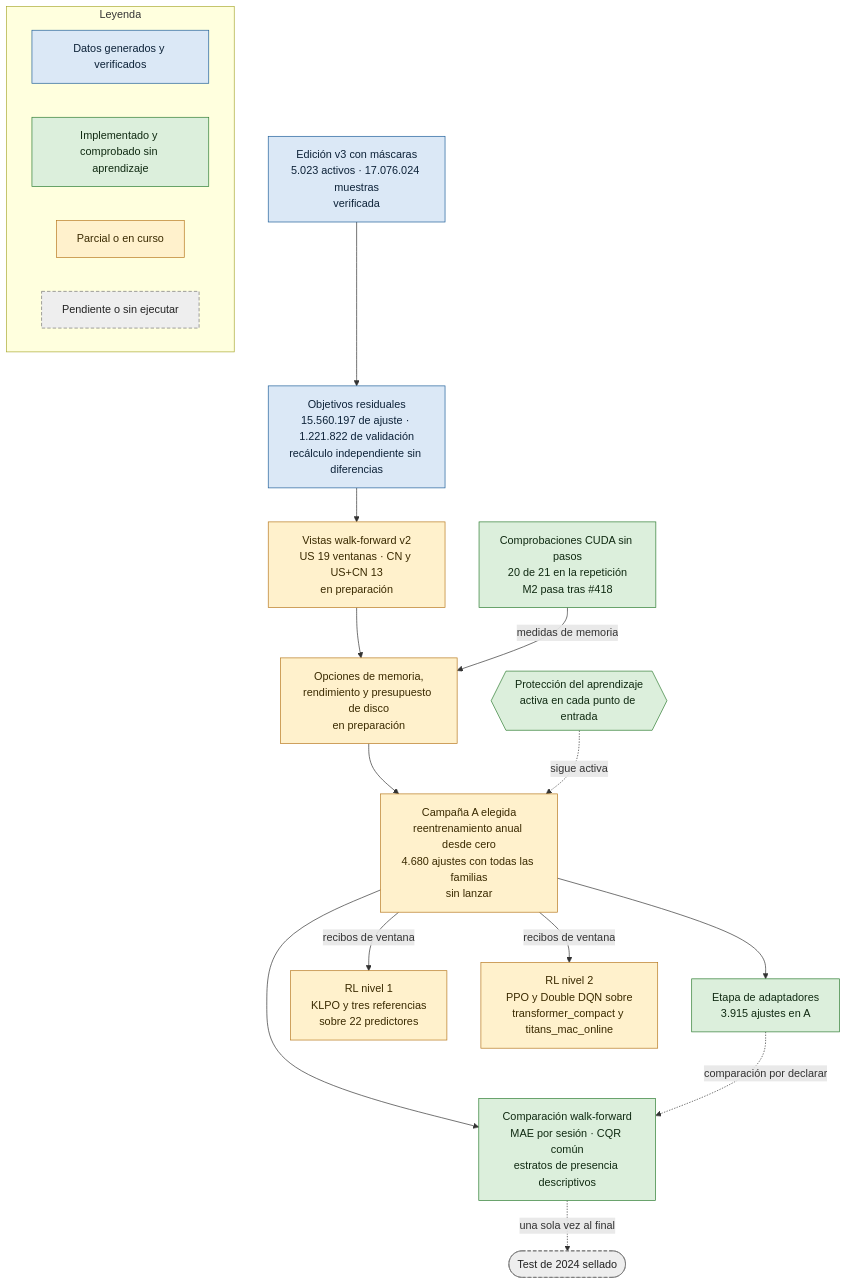
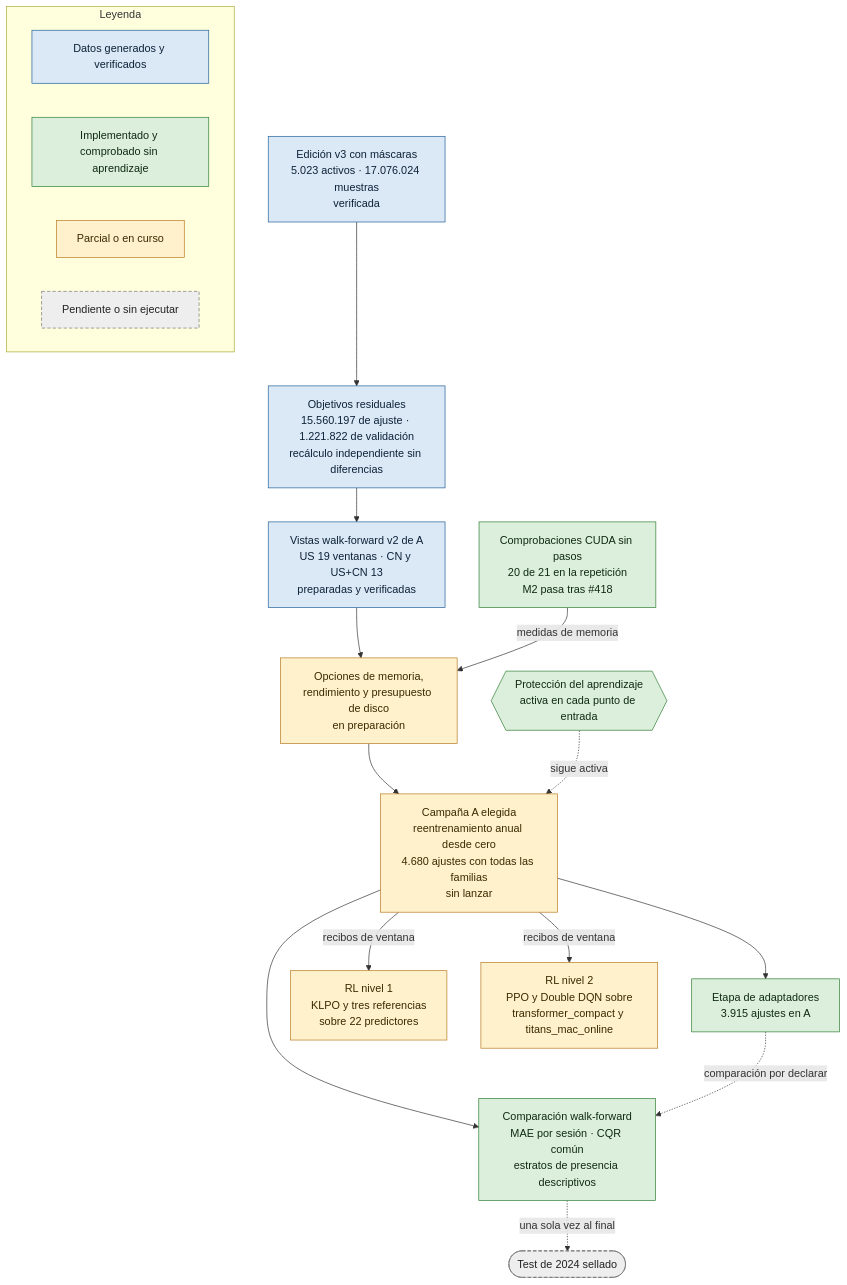
Before and after one commit to GonxKZ/mars-titan: the first of 3 diagrams in README.md, drawn with Mermaid. The commit also changed other lines of this file and 8 other files, not shown here.

First line of the commit message:
docs(research): record the prepared and verified walk-forward views of campaign A

````diff
--- a/README.md
+++ b/README.md
@@ -33,37 +35,37 @@
 ```mermaid
 flowchart TD
     E["Edición v3 con máscaras<br/>5.023 activos · 17.076.024 muestras<br/>verificada"]:::ejecutado
     O["Objetivos residuales<br/>15.560.197 de ajuste · 1.221.822 de validación<br/>recálculo independiente sin diferencias"]:::ejecutado
     H{{"Protección del aprendizaje<br/>activa en cada punto de entrada"}}:::comprobado
-    W["Vistas walk-forward v2<br/>US 19 ventanas · CN y US+CN 13<br/>en preparación"]:::parcial
+    W["Vistas walk-forward v2 de A<br/>US 19 ventanas · CN y US+CN 13<br/>preparadas y verificadas"]:::ejecutado
     K["Comprobaciones CUDA sin pasos<br/>20 de 21 en la repetición<br/>M2 pasa tras #418"]:::comprobado
     Q["Opciones de memoria,<br/>rendimiento y presupuesto de disco<br/>en preparación"]:::parcial
     A["Campaña A elegida<br/>reentrenamiento anual desde cero<br/>4.680 ajustes con todas las familias<br/>sin lanzar"]:::parcial
     P["Etapa de adaptadores<br/>3.915 ajustes en A"]:::comprobado
     R1["RL nivel 1<br/>KLPO y tres referencias<br/>sobre 22 predictores"]:::parcial
     R2["RL nivel 2<br/>PPO y Double DQN sobre<br/>transformer_compact y titans_mac_online"]:::parcial
     C["Comparación walk-forward<br/>MAE por sesión · CQR común<br/>estratos de presencia descriptivos"]:::comprobado
     T(["Test de 2024 sellado"]):::pendiente
 
     E --> O --> W --> Q --> A
     K -- medidas de memoria --> Q
     H -. sigue activa .-> A
     A --> P
     A -- recibos de ventana --> R1
     A -- recibos de ventana --> R2
     A --> C
     P -. comparación por declarar .-> C
     C -. una sola vez al final .-> T
 
     subgraph LEY["Leyenda"]
         L0["Datos generados y verificados"]:::ejecutado
         L1["Implementado y comprobado sin aprendizaje"]:::comprobado
         L2["Parcial o en curso"]:::parcial
         L3["Pendiente o sin ejecutar"]:::pendiente
     end
 
     classDef ejecutado fill:#dbe8f6,stroke:#1f5f99,color:#0d2238
     classDef comprobado fill:#dcefdc,stroke:#2e7d32,color:#102a12
     classDef parcial fill:#fff1cc,stroke:#b7791f,color:#3a2a00
     classDef pendiente fill:#eeeeee,stroke:#757575,color:#222222,stroke-dasharray:5 3
 ```
````
